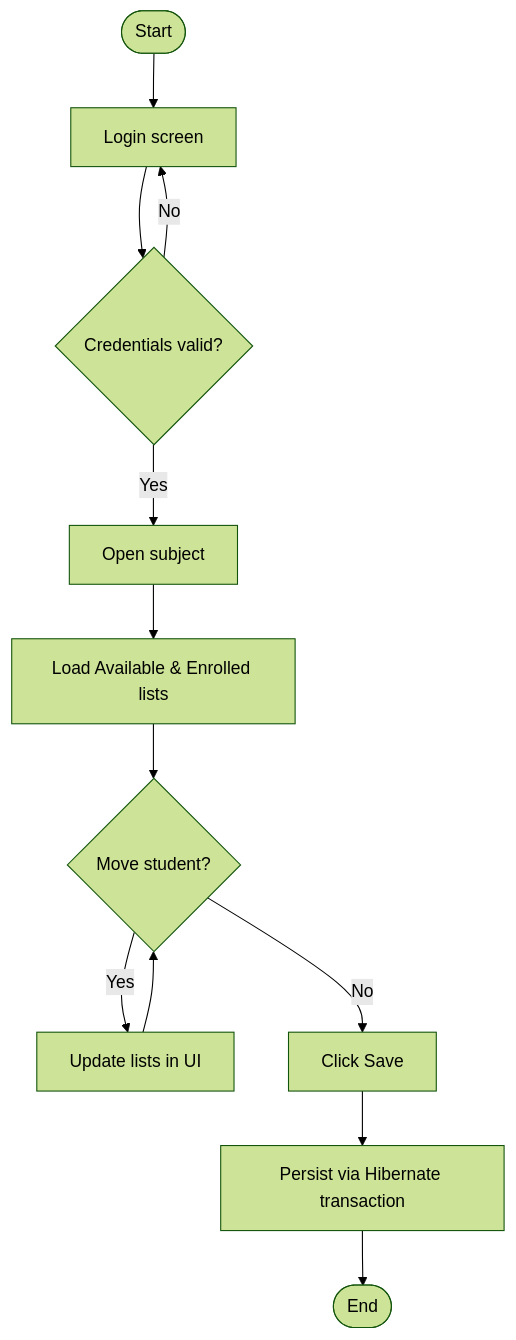
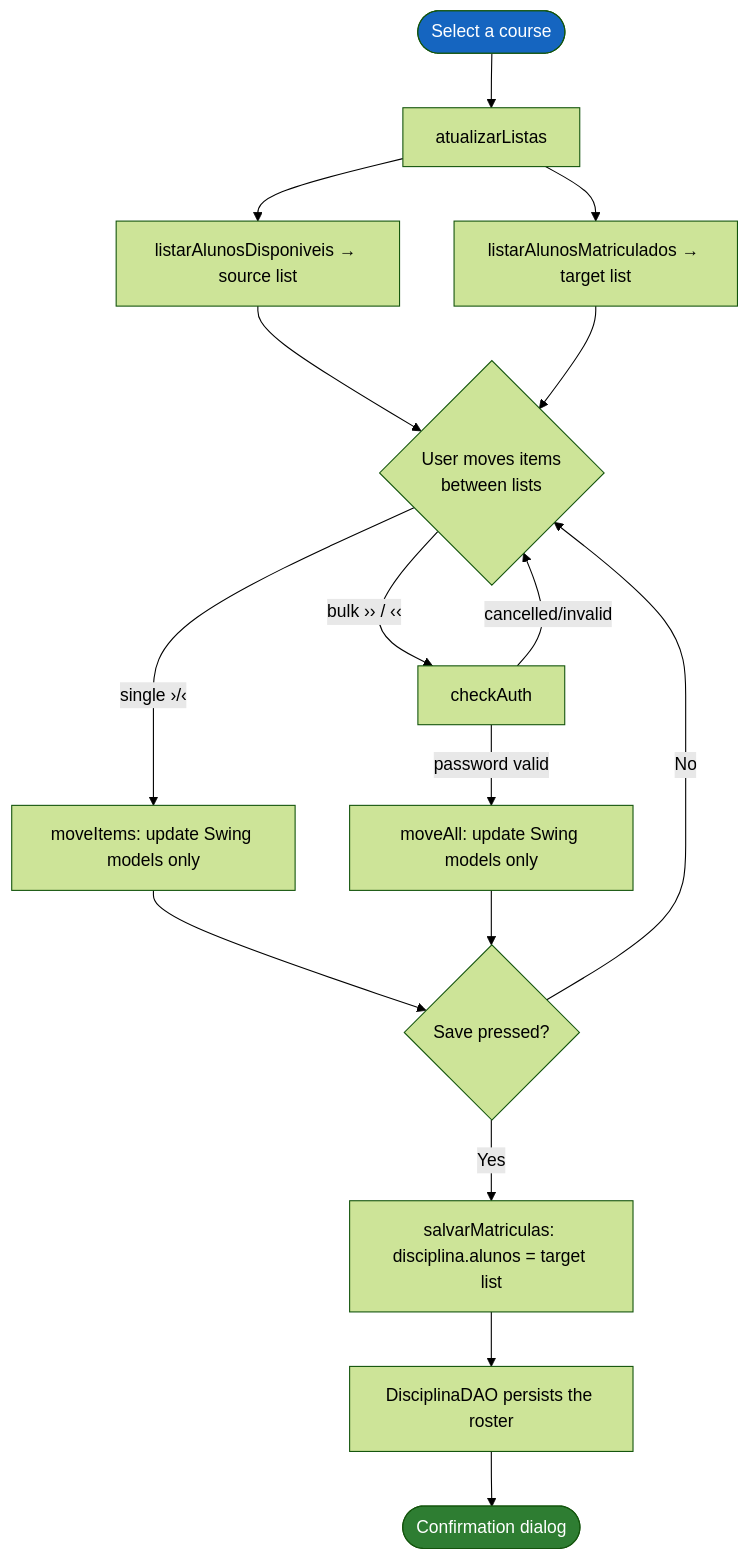
Before and after one commit to VictorHJesusSantiago/DualListHibernate: the fifth of 6 diagrams in README.md, drawn with Mermaid (forest theme). The commit also changed other lines of this file and 4 other files, not shown here.

````diff
--- a/README.md
+++ b/README.md
@@ -521,14 +625,19 @@
 ```mermaid
 flowchart TD
-    A([Start]) --> B[Login screen]
-    B --> C{Credentials valid?}
-    C -- No --> B
-    C -- Yes --> D[Open subject]
-    D --> E[Load Available & Enrolled lists]
-    E --> F{Move student?}
-    F -- Yes --> G[Update lists in UI]
-    G --> F
-    F -- No --> H[Click Save]
-    H --> I[Persist via Hibernate transaction]
-    I --> J([End])
+    A([Select a course]) --> B[atualizarListas]
+    B --> C[listarAlunosDisponiveis → source list]
+    B --> D[listarAlunosMatriculados → target list]
+    C & D --> E{User moves items<br/>between lists}
+    E -->|single ›/‹| F[moveItems: update Swing models only]
+    E -->|bulk ›› / ‹‹| G[checkAuth]
+    G -->|password valid| H[moveAll: update Swing models only]
+    G -->|cancelled/invalid| E
+    F & H --> I{Save pressed?}
+    I -- No --> E
+    I -- Yes --> J[salvarMatriculas: disciplina.alunos = target list]
+    J --> K[DisciplinaDAO persists the roster]
+    K --> L([Confirmation dialog])
+
+    style A fill:#1565C0,color:#fff
+    style L fill:#2E7D32,color:#fff
 ```
````
